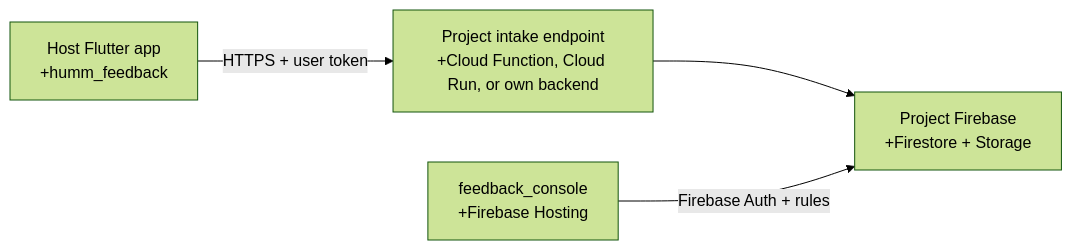
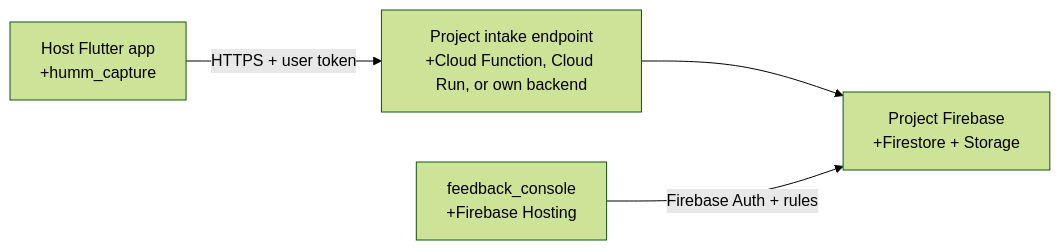
One commit to hummlab/humm_capture changed the diagram in doc/self-hosted-feedback-console.md. Above: the diagram before and after it, drawn with Mermaid (forest theme). The commit also changed other lines of this file and 33 other files, not shown here.

````diff
--- a/doc/self-hosted-feedback-console.md
+++ b/doc/self-hosted-feedback-console.md
@@ -22,6 +21,6 @@
 ```mermaid
 flowchart LR
-  A["Host Flutter app\n+humm_feedback"] -->|"HTTPS + user token"| B["Project intake endpoint\n+Cloud Function, Cloud Run, or own backend"]
+  A["Host Flutter app\n+humm_capture"] -->|"HTTPS + user token"| B["Project intake endpoint\n+Cloud Function, Cloud Run, or own backend"]
   B --> C["Project Firebase\n+Firestore + Storage"]
   D["feedback_console\n+Firebase Hosting"] -->|"Firebase Auth + rules"| C
 ```
````
